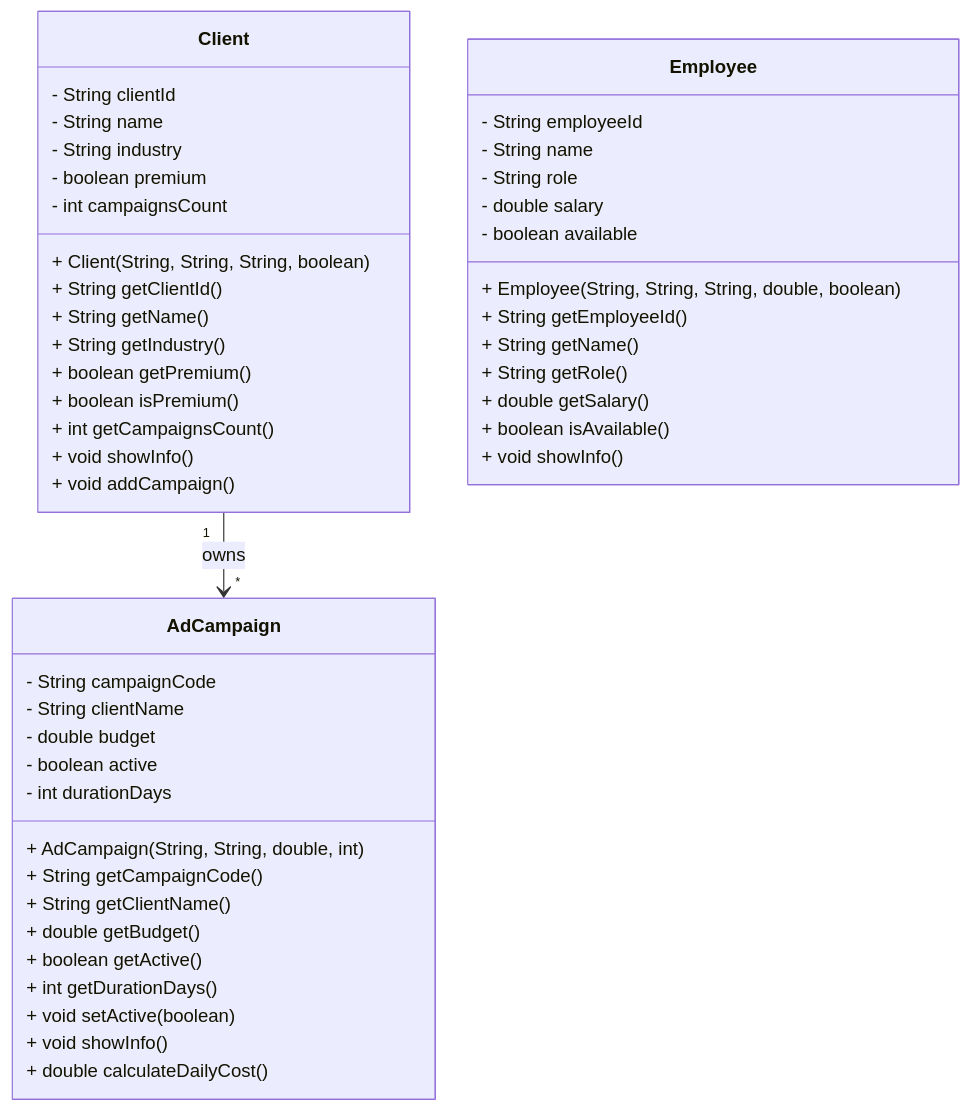
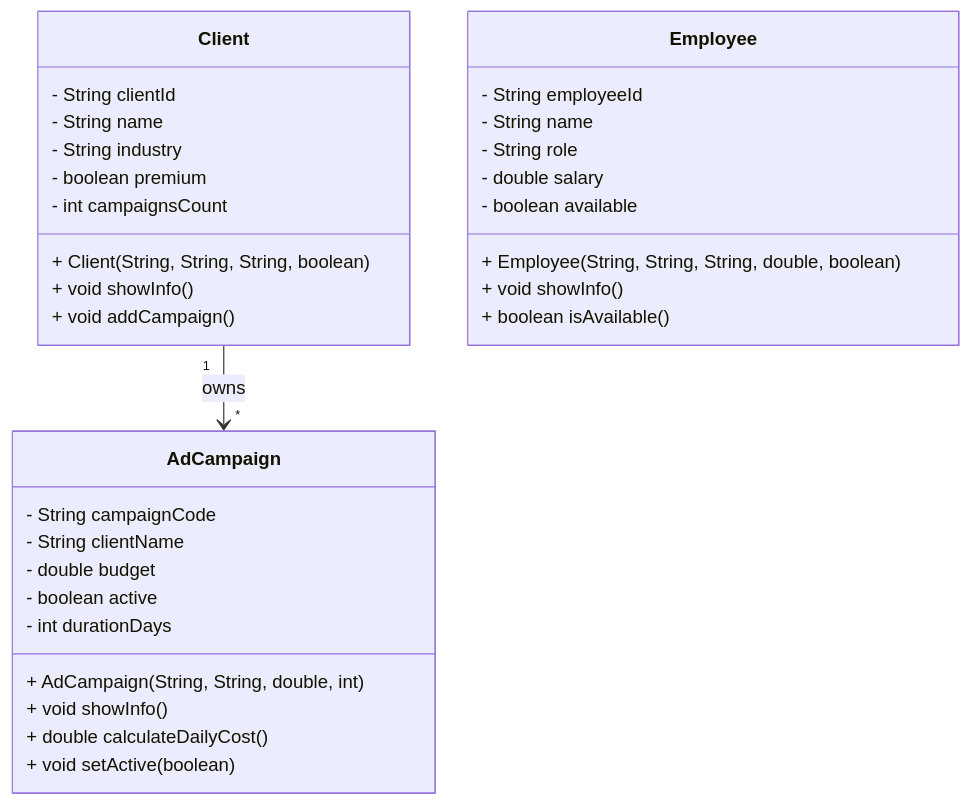
Before and after one commit to Juan-Pablo-Castillo-Velasquez/bc-poo-java-juan-castillo: the diagram in semana-02/docs/ANALISIS.md, drawn with Mermaid. The commit also changed other lines of this file and 1 other file, not shown here.

````diff
--- a/semana-02/docs/ANALISIS.md
+++ b/semana-02/docs/ANALISIS.md
@@ -46,53 +70,39 @@
-```mermaid
+```mermaid 
 classDiagram
     class Client {
         - String clientId
         - String name
         - String industry
         - boolean premium
         - int campaignsCount
         + Client(String, String, String, boolean)
-        + String getClientId()
-        + String getName()
-        + String getIndustry()
-        + boolean getPremium()
-        + boolean isPremium()
-        + int getCampaignsCount()
         + void showInfo()
         + void addCampaign()
     }
 
     class AdCampaign {
         - String campaignCode
         - String clientName
         - double budget
         - boolean active
         - int durationDays
         + AdCampaign(String, String, double, int)
-        + String getCampaignCode()
-        + String getClientName()
-        + double getBudget()
-        + boolean getActive()
-        + int getDurationDays()
-        + void setActive(boolean)
         + void showInfo()
         + double calculateDailyCost()
+        + void setActive(boolean)
     }
 
     class Employee {
         - String employeeId
         - String name
         - String role
         - double salary
         - boolean available
         + Employee(String, String, String, double, boolean)
-        + String getEmployeeId()
-        + String getName()
-        + String getRole()
-        + double getSalary()
+        + void showInfo()
         + boolean isAvailable()
-        + void showInfo()
     }
 
     Client "1" --> "*" AdCampaign : owns
+
 ```
````
